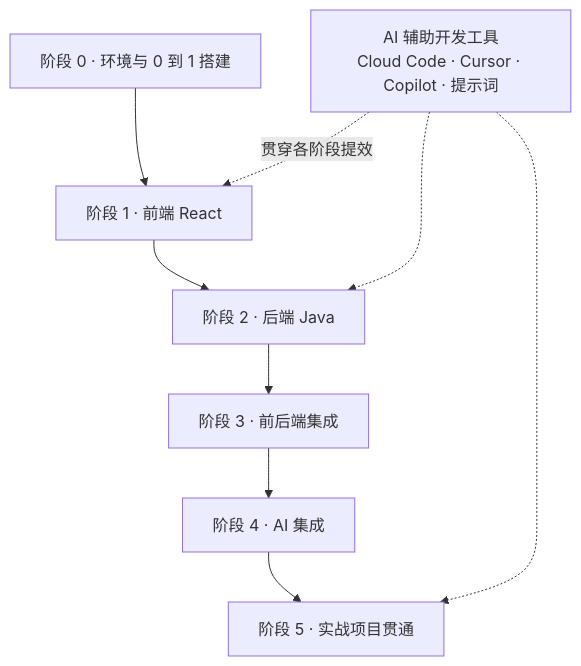
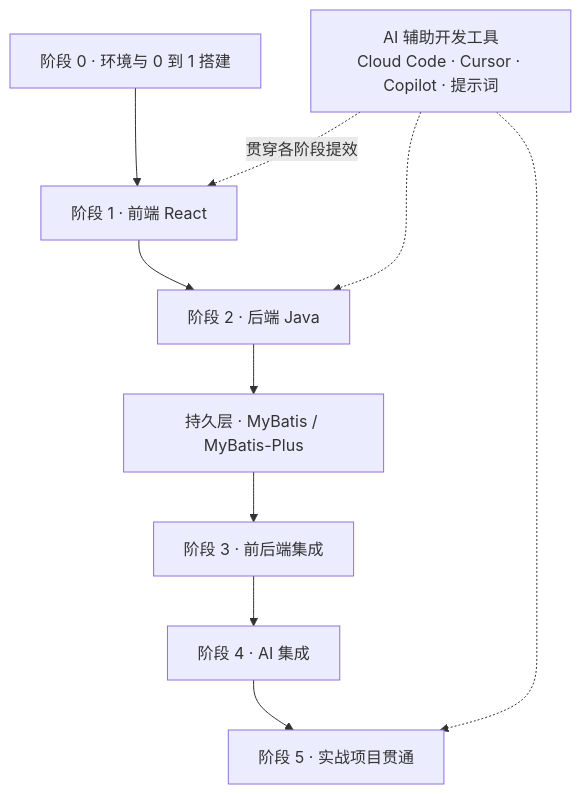
Before and after one commit to thomaslwq/AIFullStack: the diagram in docs/roadmap.md, drawn with Mermaid. The commit also changed other lines of this file and 25 other files, not shown here.

````diff
--- a/docs/roadmap.md
+++ b/docs/roadmap.md
@@ -14,11 +14,12 @@
 ```mermaid
 flowchart TD
     S0[阶段 0 · 环境与 0 到 1 搭建] --> S1[阶段 1 · 前端 React]
     S1 --> S2[阶段 2 · 后端 Java]
-    S2 --> S3[阶段 3 · 前后端集成]
+    S2 --> MB[持久层 · MyBatis / MyBatis-Plus]
+    MB --> S3[阶段 3 · 前后端集成]
     S3 --> S4[阶段 4 · AI 集成]
     S4 --> S5[阶段 5 · 实战项目贯通]
     T[AI 辅助开发工具<br/>Cloud Code · Cursor · Copilot · 提示词] -.贯穿各阶段提效.-> S1
     T -.-> S2
     T -.-> S5
 ```
````
